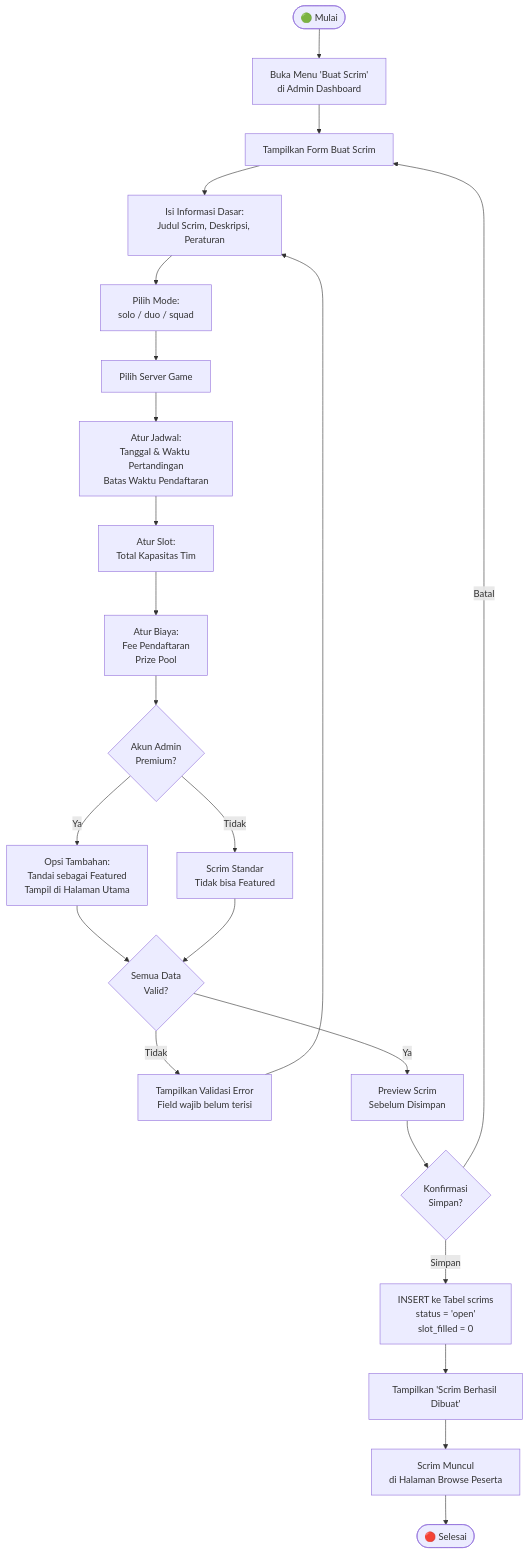
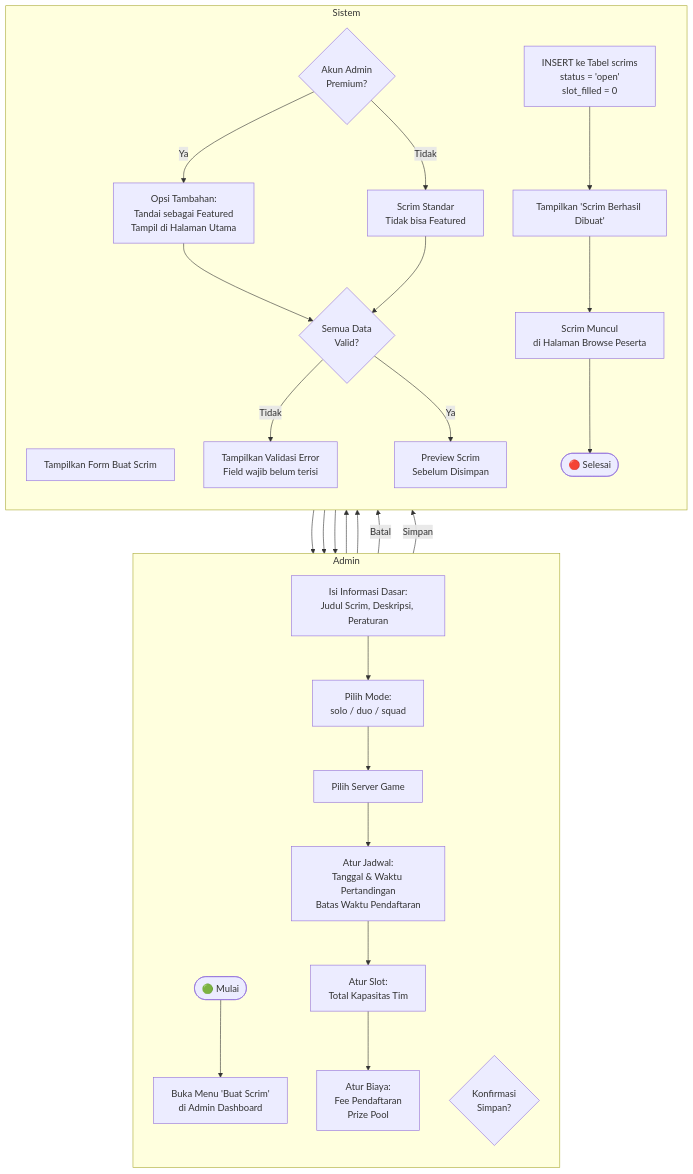
One commit to yosima050/booyahhub changed diagram 14 of 43 in DOKUMENTASI.md. Above: the diagram before and after it, drawn with Mermaid. The commit also changed other lines of this file, not shown here.

Commit message:
docs: rename Platform Owner role to Platform and refactor Mermaid flowcharts in documentation

````diff
--- a/DOKUMENTASI.md
+++ b/DOKUMENTASI.md
@@ -567,24 +651,32 @@
 ```mermaid
 flowchart TD
-    A([🟢 Mulai]) --> B[Buka Menu 'Buat Scrim'\ndi Admin Dashboard]
-    B --> C[Tampilkan Form Buat Scrim]
-    C --> D[Isi Informasi Dasar:\nJudul Scrim, Deskripsi, Peraturan]
-    D --> E[Pilih Mode:\nsolo / duo / squad]
-    E --> F[Pilih Server Game]
-    F --> G[Atur Jadwal:\nTanggal & Waktu Pertandingan\nBatas Waktu Pendaftaran]
-    G --> H[Atur Slot:\nTotal Kapasitas Tim]
-    H --> I[Atur Biaya:\nFee Pendaftaran\nPrize Pool]
-    I --> J{Akun Admin\nPremium?}
-    J -->|Ya| K[Opsi Tambahan:\nTandai sebagai Featured\nTampil di Halaman Utama]
-    J -->|Tidak| L[Scrim Standar\nTidak bisa Featured]
-    K & L --> M{Semua Data\nValid?}
-    M -->|Tidak| N[Tampilkan Validasi Error\nField wajib belum terisi]
-    N --> D
-    M -->|Ya| O[Preview Scrim\nSebelum Disimpan]
-    O --> P{Konfirmasi\nSimpan?}
-    P -->|Batal| C
-    P -->|Simpan| Q[INSERT ke Tabel scrims\nstatus = 'open'\nslot_filled = 0]
-    Q --> R[Tampilkan 'Scrim Berhasil Dibuat']
-    R --> S[Scrim Muncul\ndi Halaman Browse Peserta]
-    S --> T([🔴 Selesai])
+    subgraph Admin
+        direction TB
+        A([🟢 Mulai]) --> B[Buka Menu 'Buat Scrim'<br/>di Admin Dashboard]
+        D[Isi Informasi Dasar:<br/>Judul Scrim, Deskripsi, Peraturan] --> E[Pilih Mode:<br/>solo / duo / squad]
+        E --> F[Pilih Server Game]
+        F --> G[Atur Jadwal:<br/>Tanggal & Waktu Pertandingan<br/>Batas Waktu Pendaftaran]
+        G --> H[Atur Slot:<br/>Total Kapasitas Tim]
+        H --> I[Atur Biaya:<br/>Fee Pendaftaran<br/>Prize Pool]
+        P{Konfirmasi<br/>Simpan?}
+    end
+
+    subgraph Sistem
+        direction TB
+        B --> C[Tampilkan Form Buat Scrim]
+        C --> D
+        I --> J{Akun Admin<br/>Premium?}
+        J -->|Ya| K[Opsi Tambahan:<br/>Tandai sebagai Featured<br/>Tampil di Halaman Utama]
+        J -->|Tidak| L[Scrim Standar<br/>Tidak bisa Featured]
+        K & L --> M{Semua Data<br/>Valid?}
+        M -->|Tidak| N[Tampilkan Validasi Error<br/>Field wajib belum terisi]
+        N --> D
+        M -->|Ya| O[Preview Scrim<br/>Sebelum Disimpan]
+        O --> P
+        P -->|Batal| C
+        P -->|Simpan| Q[INSERT ke Tabel scrims<br/>status = 'open'<br/>slot_filled = 0]
+        Q --> R[Tampilkan 'Scrim Berhasil Dibuat']
+        R --> S[Scrim Muncul<br/>di Halaman Browse Peserta]
+        S --> T([🔴 Selesai])
+    end
 ```
````
